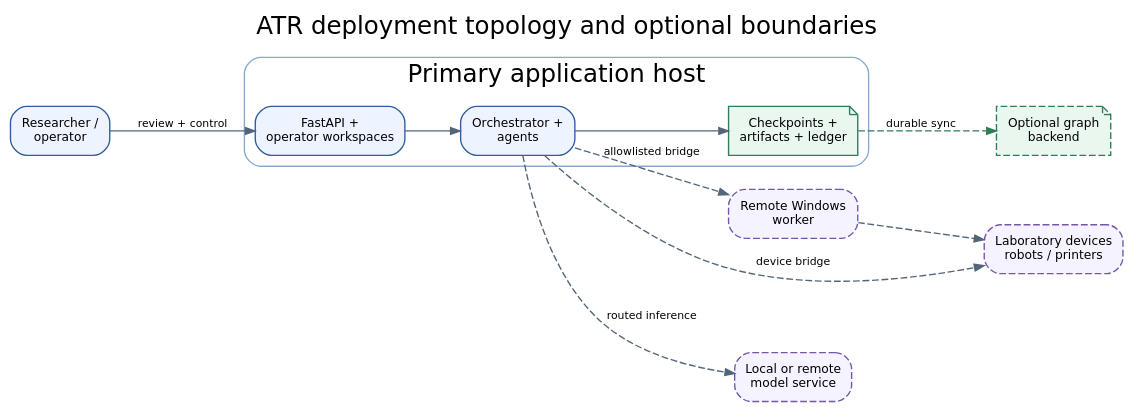
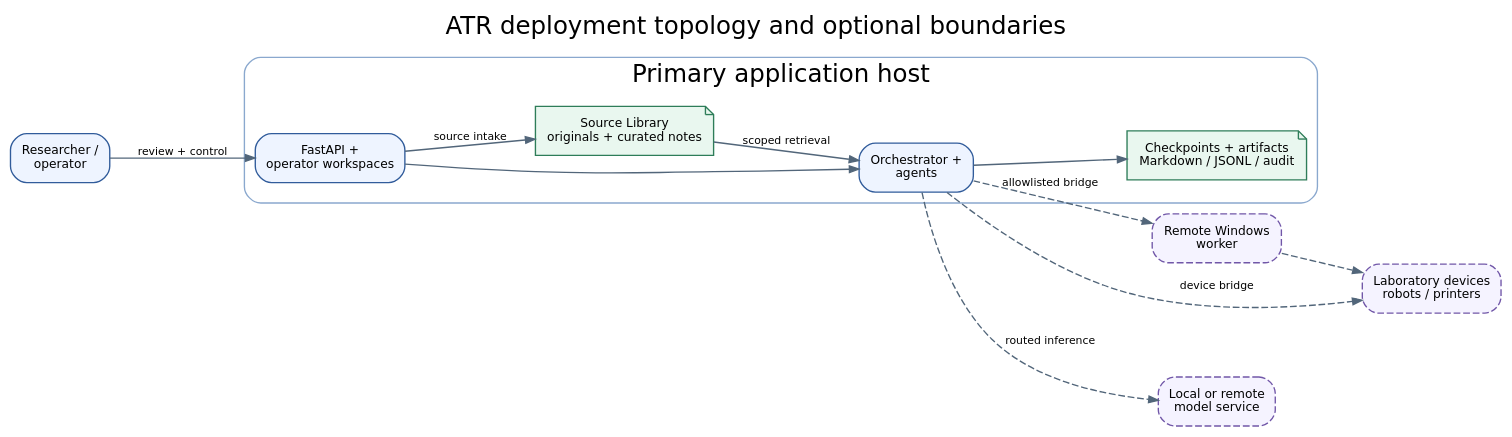
Before and after one commit to JIN9811/autonomous_researcher: the diagram in docs/paper/assets/figures/06_deployment_topology.dot, drawn with Graphviz. The commit also changed 53 other files, not shown here.

```diff
--- a/docs/paper/assets/figures/06_deployment_topology.dot
+++ b/docs/paper/assets/figures/06_deployment_topology.dot
@@ -1,28 +1,29 @@
 digraph deployment_topology {
   graph [rankdir=LR, bgcolor="transparent", pad="0.25", nodesep="0.35", ranksep="0.55", fontname="DejaVu Sans", label="ATR deployment topology and optional boundaries", labelloc="t", fontsize=18];
   node [shape=box, style="rounded,filled", fillcolor="#EEF4FF", color="#315C9B", fontname="DejaVu Sans", fontsize=9, margin="0.11,0.07"];
   edge [color="#52667A", fontname="DejaVu Sans", fontsize=8, arrowsize=0.7];
 
   subgraph cluster_primary {
     label="Primary application host";
     color="#8AA8CE";
     style="rounded";
     web [label="FastAPI +\noperator workspaces"];
     orchestrator [label="Orchestrator +\nagents"];
-    stores [label="Checkpoints +\nartifacts + ledger", shape=note, fillcolor="#E9F7EF", color="#2E7D59"];
+    stores [label="Checkpoints + artifacts\nMarkdown / JSONL / audit", shape=note, fillcolor="#E9F7EF", color="#2E7D59"];
+    sources [label="Source Library\noriginals + curated notes", shape=note, fillcolor="#E9F7EF", color="#2E7D59"];
     web -> orchestrator -> stores;
+    web -> sources [label="source intake"];
+    sources -> orchestrator [label="scoped retrieval"];
   }
 
   worker [label="Remote Windows\nworker", style="rounded,dashed,filled", fillcolor="#F5F3FF", color="#7157A8"];
   devices [label="Laboratory devices\nrobots / printers", style="rounded,dashed,filled", fillcolor="#F5F3FF", color="#7157A8"];
   models [label="Local or remote\nmodel service", style="rounded,dashed,filled", fillcolor="#F5F3FF", color="#7157A8"];
-  graphdb [label="Optional graph\nbackend", shape=note, style="dashed,filled", fillcolor="#E9F7EF", color="#2E7D59"];
   operator [label="Researcher /\noperator"];
 
   operator -> web [label="review + control"];
   orchestrator -> worker [style=dashed, label="allowlisted bridge"];
   worker -> devices [style=dashed];
   orchestrator -> devices [style=dashed, label="device bridge"];
   orchestrator -> models [style=dashed, label="routed inference"];
-  stores -> graphdb [style=dashed, color="#2E7D59", label="durable sync"];
 }
```
